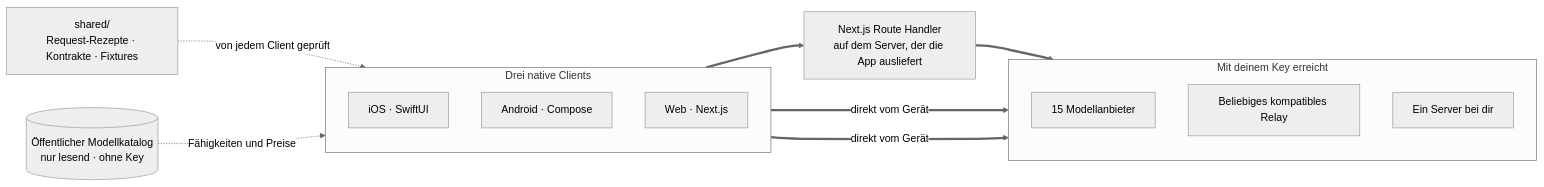
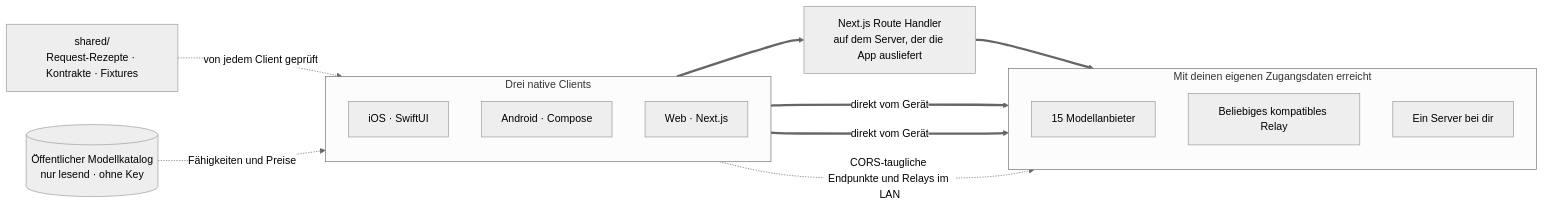
One commit to oriveo/oriveo changed the diagram in readme_i18n/de/README.md. Above: the diagram before and after it, drawn with Mermaid (neutral theme). The commit also changed other lines of this file and 89 other files, not shown here.

````diff
--- a/readme_i18n/de/README.md
+++ b/readme_i18n/de/README.md
@@ -184,26 +192,27 @@
 ```mermaid
 flowchart LR
     shared["shared/<br/>Request-Rezepte · Kontrakte · Fixtures"]
 
     subgraph clients ["Drei native Clients"]
         direction TB
         ios["iOS · SwiftUI"]
         android["Android · Compose"]
         web["Web · Next.js"]
     end
 
     route["Next.js Route Handler<br/>auf dem Server, der die App ausliefert"]
 
-    subgraph upstream ["Mit deinem Key erreicht"]
+    subgraph upstream ["Mit deinen eigenen Zugangsdaten erreicht"]
         official["15 Modellanbieter"]
         relay["Beliebiges kompatibles Relay"]
         local["Ein Server bei dir"]
     end
 
     catalog[("Öffentlicher Modellkatalog<br/>nur lesend · ohne Key")]
 
     shared -.->|"von jedem Client geprüft"| clients
     catalog -.->|"Fähigkeiten und Preise"| clients
     ios & android ==>|"direkt vom Gerät"| upstream
     web ==> route ==> upstream
+    web -.->|"CORS-taugliche Endpunkte und Relays im LAN"| upstream
 ```
````
